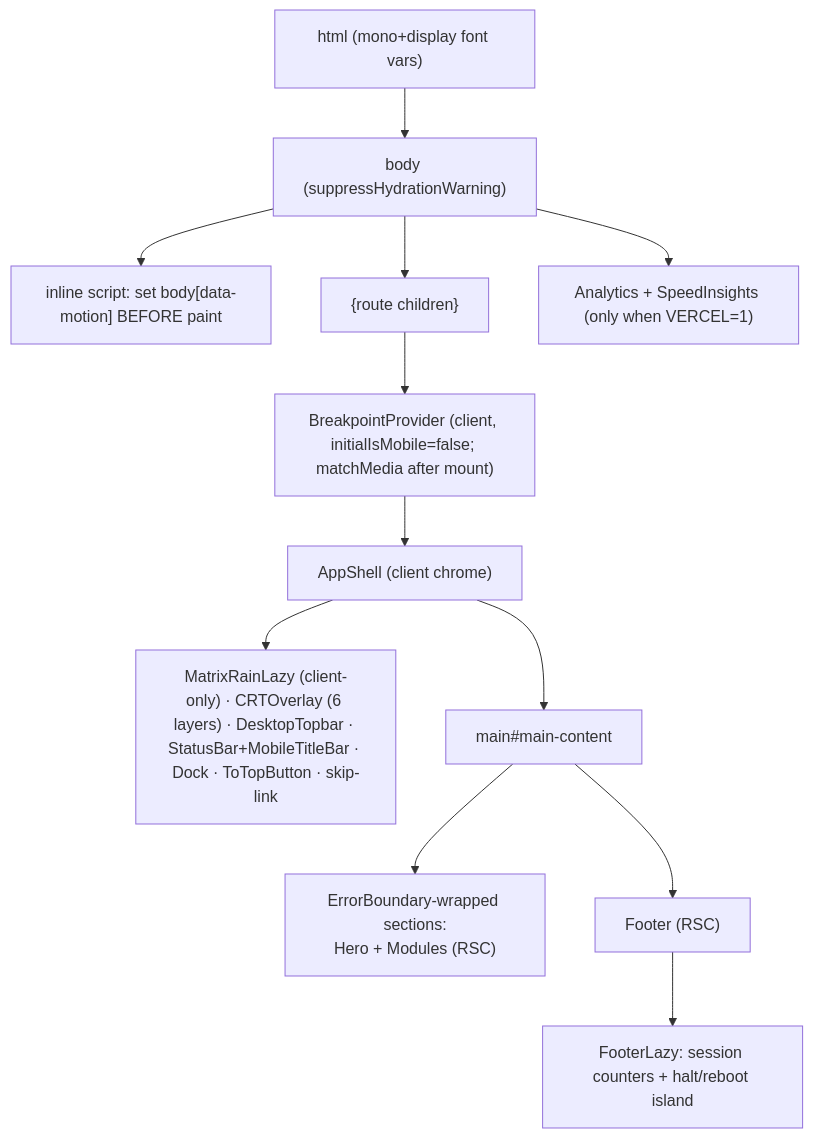
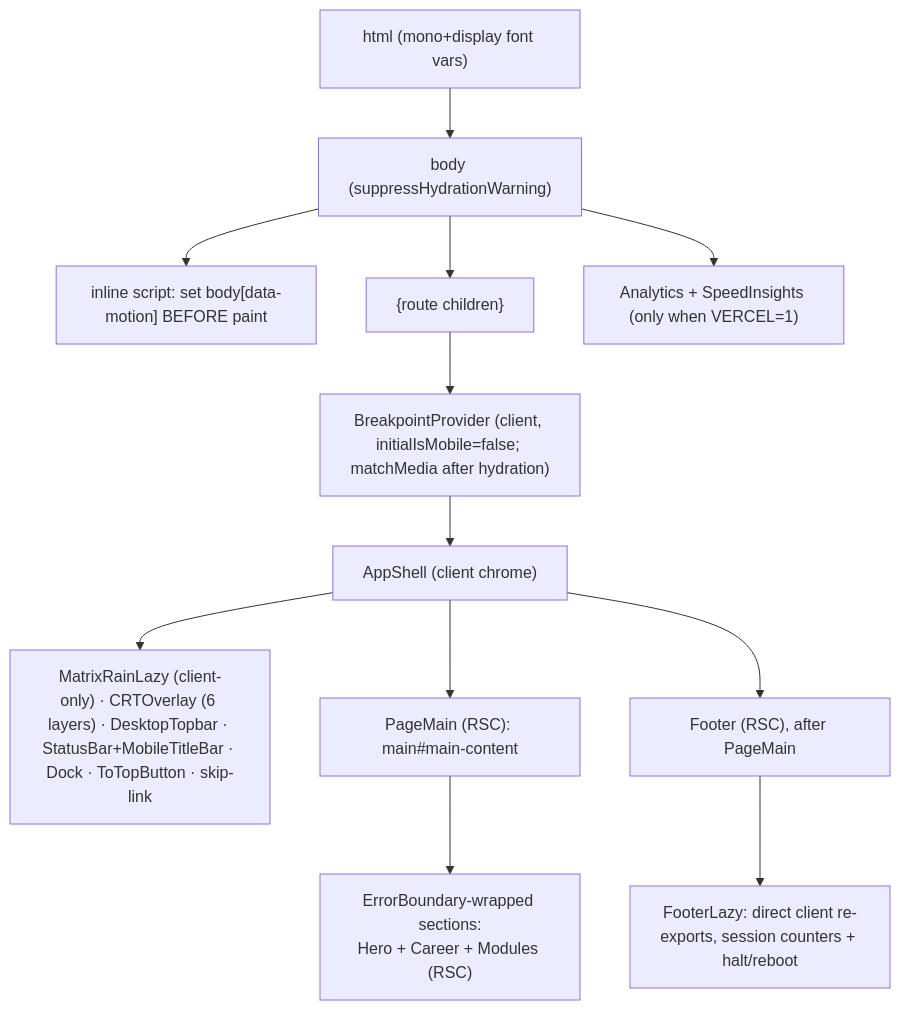
One commit to erikunha/portfolio changed the second of 6 diagrams in docs/03-rendering-and-data-flow.md. Above: the diagram before and after it, drawn with Mermaid. The commit also changed other lines of this file and 30 other files, not shown here.

First line of the commit message:
docs(terminal-redesign): sync docs and diagrams with the redesign; review only on request (#291)

````diff
--- a/docs/03-rendering-and-data-flow.md
+++ b/docs/03-rendering-and-data-flow.md
@@ -41,14 +51,14 @@
 ```mermaid
 flowchart TD
     html["html (mono+display font vars)"] --> body["body (suppressHydrationWarning)"]
     body --> boot["inline script: set body[data-motion] BEFORE paint"]
     body --> children["{route children}"]
     body --> rum["Analytics + SpeedInsights (only when VERCEL=1)"]
-    children --> bp["BreakpointProvider (client, initialIsMobile=false; matchMedia after mount)"]
+    children --> bp["BreakpointProvider (client, initialIsMobile=false; matchMedia after hydration)"]
     bp --> appshell["AppShell (client chrome)"]
     appshell --> chrome["MatrixRainLazy (client-only) · CRTOverlay (6 layers) · DesktopTopbar · StatusBar+MobileTitleBar · Dock · ToTopButton · skip-link"]
-    appshell --> main["main#main-content"]
-    main --> secs["ErrorBoundary-wrapped sections:<br/>Hero + Modules (RSC)"]
-    main --> footer["Footer (RSC)"]
-    footer --> footerIslands["FooterLazy: session counters + halt/reboot island"]
+    appshell --> main["PageMain (RSC): main#main-content"]
+    main --> secs["ErrorBoundary-wrapped sections:<br/>Hero + Career + Modules (RSC)"]
+    appshell --> footer["Footer (RSC), after PageMain"]
+    footer --> footerIslands["FooterLazy: direct client re-exports, session counters + halt/reboot"]
 ```
````
